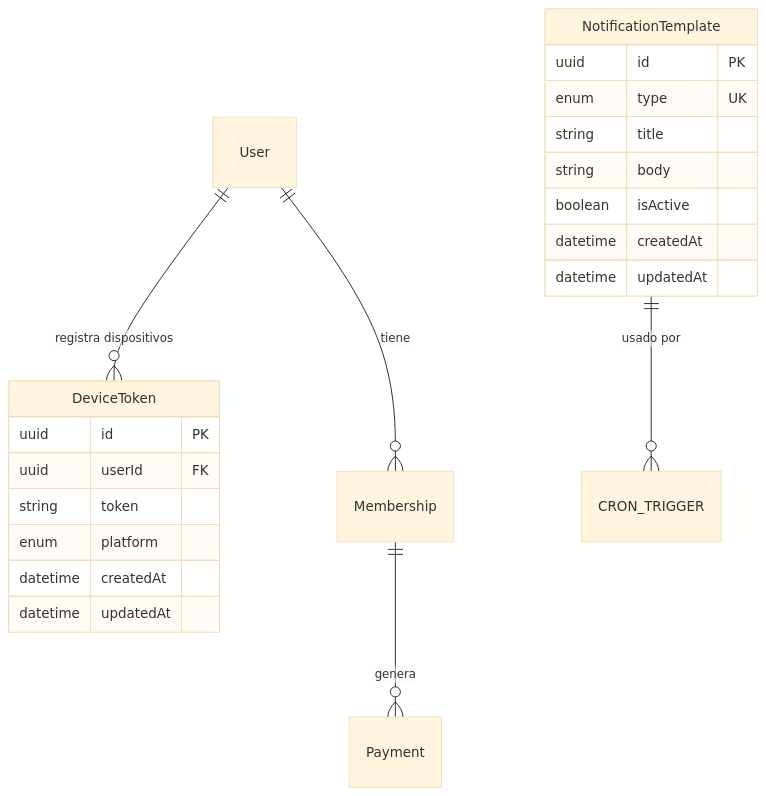
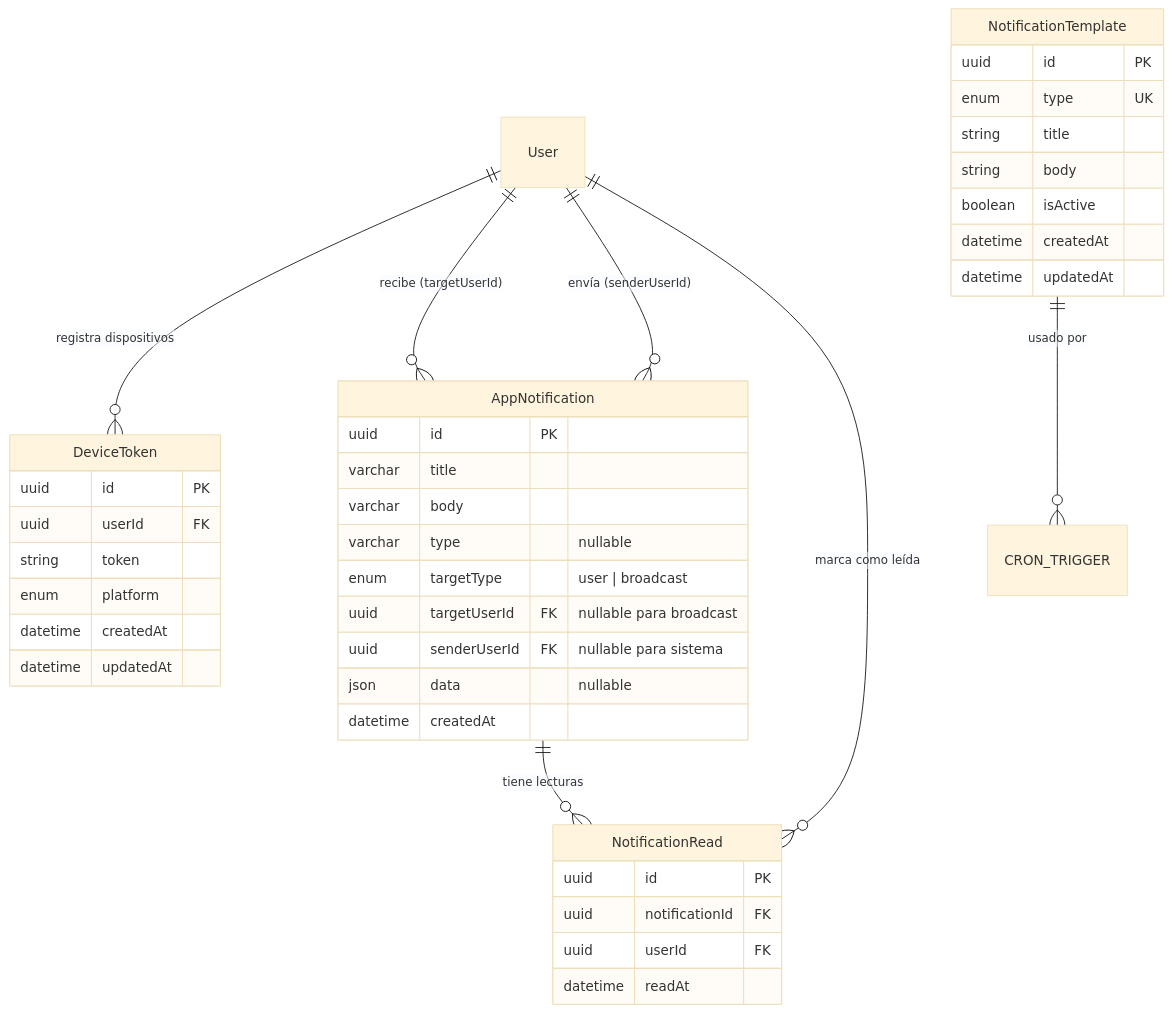
The sixth of 9 diagrams in docs/NOTIFICATIONS_FLOW.md (fedebracesco1990/fitflow), drawn with Mermaid (base theme) before and after one commit. The commit also changed other lines of this file, not shown here.

First line of the commit message:
docs: update notifications flow documentation to reflect backend-first architecture

````diff
--- a/docs/NOTIFICATIONS_FLOW.md
+++ b/docs/NOTIFICATIONS_FLOW.md
@@ -216,27 +234,48 @@
 ```mermaid
 erDiagram
     User ||--o{ DeviceToken : "registra dispositivos"
-    User ||--o{ Membership : "tiene"
-    Membership ||--o{ Payment : "genera"
+    User ||--o{ AppNotification : "recibe (targetUserId)"
+    User ||--o{ AppNotification : "envía (senderUserId)"
+    User ||--o{ NotificationRead : "marca como leída"
+    AppNotification ||--o{ NotificationRead : "tiene lecturas"
+
+    AppNotification {
+        uuid id PK
+        varchar title
+        varchar body
+        varchar type "nullable"
+        enum targetType "user | broadcast"
+        uuid targetUserId FK "nullable para broadcast"
+        uuid senderUserId FK "nullable para sistema"
+        json data "nullable"
+        datetime createdAt
+    }
+
+    NotificationRead {
+        uuid id PK
+        uuid notificationId FK
+        uuid userId FK
+        datetime readAt
+    }
 
     NotificationTemplate {
         uuid id PK
         enum type UK
         string title
         string body
         boolean isActive
         datetime createdAt
         datetime updatedAt
     }
 
     DeviceToken {
         uuid id PK
         uuid userId FK
         string token
         enum platform
         datetime createdAt
         datetime updatedAt
     }
 
     NotificationTemplate ||--o{ CRON_TRIGGER : "usado por"
 ```
````
